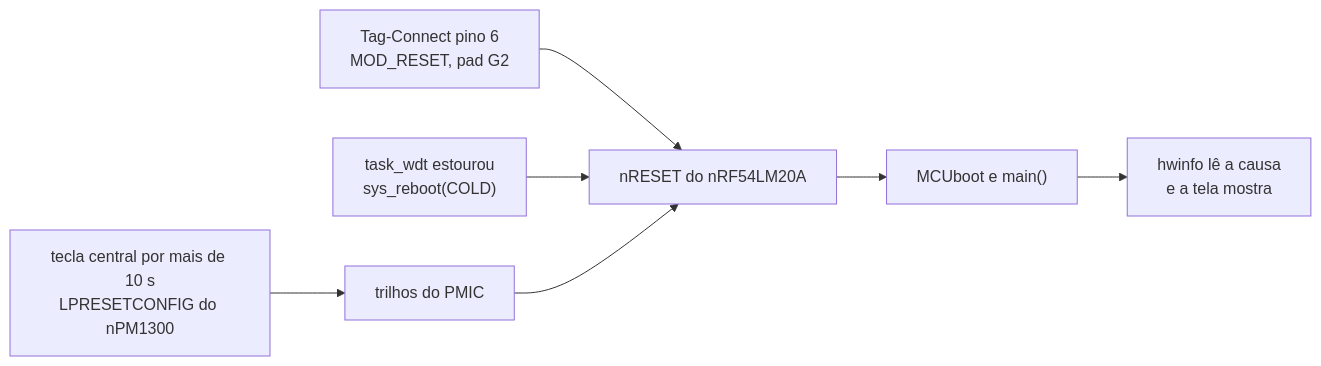
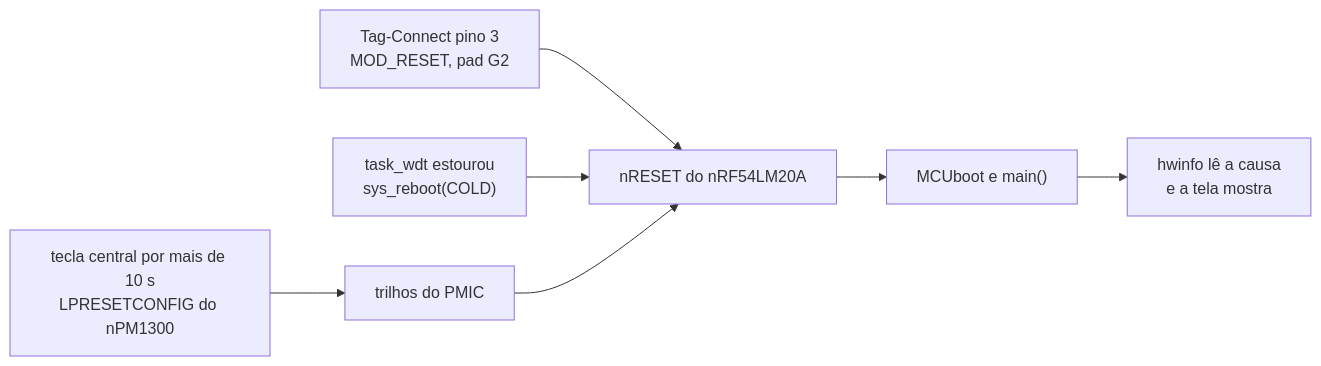
The third of 3 diagrams in hardware_gnssbike/07-sequencias-e-protecao.md (Guiimartinho/gnss-bike-computer), drawn with Mermaid before and after one commit. The commit also changed other lines of this file and 16 other files, not shown here.

````diff
--- a/hardware_gnssbike/07-sequencias-e-protecao.md
+++ b/hardware_gnssbike/07-sequencias-e-protecao.md
@@ -218,9 +218,9 @@
 ```mermaid
 flowchart LR
-    TC["Tag-Connect pino 6<br/>MOD_RESET, pad G2"] --> NRST["nRESET do nRF54LM20A"]
+    TC["Tag-Connect pino 3<br/>MOD_RESET, pad G2"] --> NRST["nRESET do nRF54LM20A"]
     WDT["task_wdt estourou<br/>sys_reboot(COLD)"] --> NRST
     LP["tecla central por mais de 10 s<br/>LPRESETCONFIG do nPM1300"] --> RAILS["trilhos do PMIC"]
     RAILS --> NRST
     NRST --> BOOT["MCUboot e main()"]
     BOOT --> CAUSE["hwinfo lê a causa<br/>e a tela mostra"]
 ```
````
